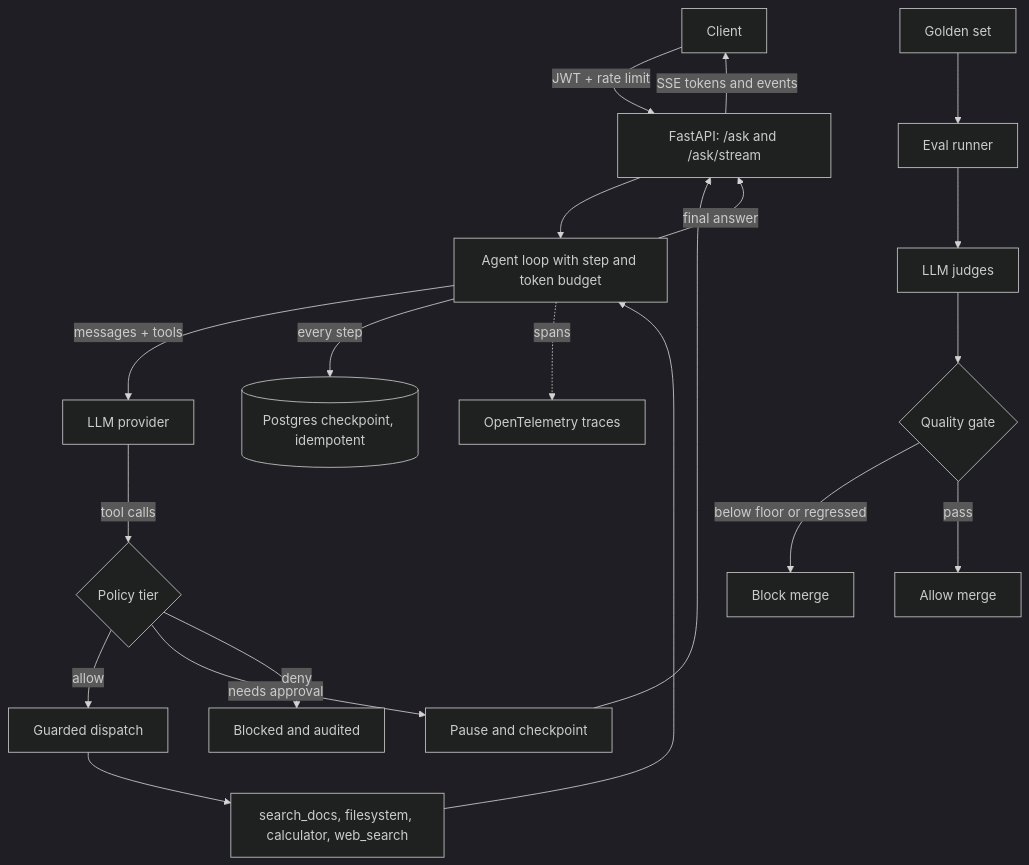
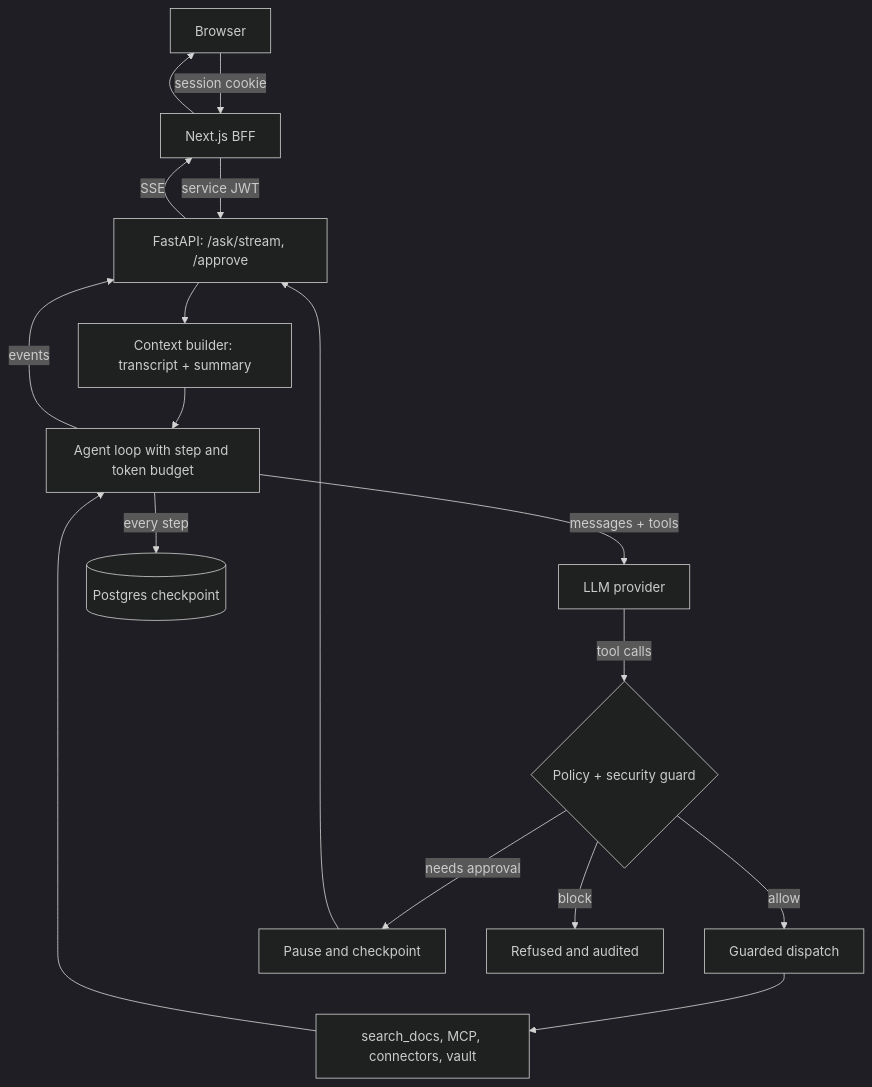
One commit to aasimmalikin/hangul changed the diagram in README.md. Above: the diagram before and after it, drawn with Mermaid (dark theme). The commit also changed other lines of this file and 7 other files, not shown here.

````diff
--- a/README.md
+++ b/README.md
@@ -47,22 +212,18 @@
 ```mermaid
 flowchart TD
-    C[Client] -->|JWT + rate limit| API[FastAPI: /ask and /ask/stream]
-    API --> LOOP[Agent loop with step and token budget]
+    C[Browser] -->|session cookie| BFF[Next.js BFF]
+    BFF -->|service JWT| API[FastAPI: /ask/stream, /approve]
+    API --> CTX[Context builder: transcript + summary]
+    CTX --> LOOP[Agent loop with step and token budget]
     LOOP -->|messages + tools| LLM[LLM provider]
-    LLM -->|tool calls| POL{Policy tier}
-    POL -->|allow| DISP[Guarded dispatch]
-    POL -->|needs approval| HALT[Pause and checkpoint]
-    POL -->|deny| BLOCK[Blocked and audited]
-    DISP --> TOOLS[search_docs, filesystem, calculator, web_search]
+    LLM -->|tool calls| SEC{Policy + security guard}
+    SEC -->|allow| DISP[Guarded dispatch]
+    SEC -->|needs approval| HALT[Pause and checkpoint]
+    SEC -->|block| BLOCK[Refused and audited]
+    DISP --> TOOLS[search_docs, MCP, connectors, vault]
     TOOLS --> LOOP
-    LOOP -->|every step| CP[(Postgres checkpoint, idempotent)]
-    LOOP -.spans.-> OTEL[OpenTelemetry traces]
+    LOOP -->|every step| CP[(Postgres checkpoint)]
     HALT --> API
-    LOOP -->|final answer| API
-    API -->|SSE tokens and events| C
-
-    GOLD[Golden set] --> RUN[Eval runner] --> JUDGE[LLM judges]
-    JUDGE --> GATE{Quality gate}
-    GATE -->|below floor or regressed| FAIL[Block merge]
-    GATE -->|pass| PASS[Allow merge]
+    LOOP -->|events| API
+    API -->|SSE| BFF --> C
 ```
````
